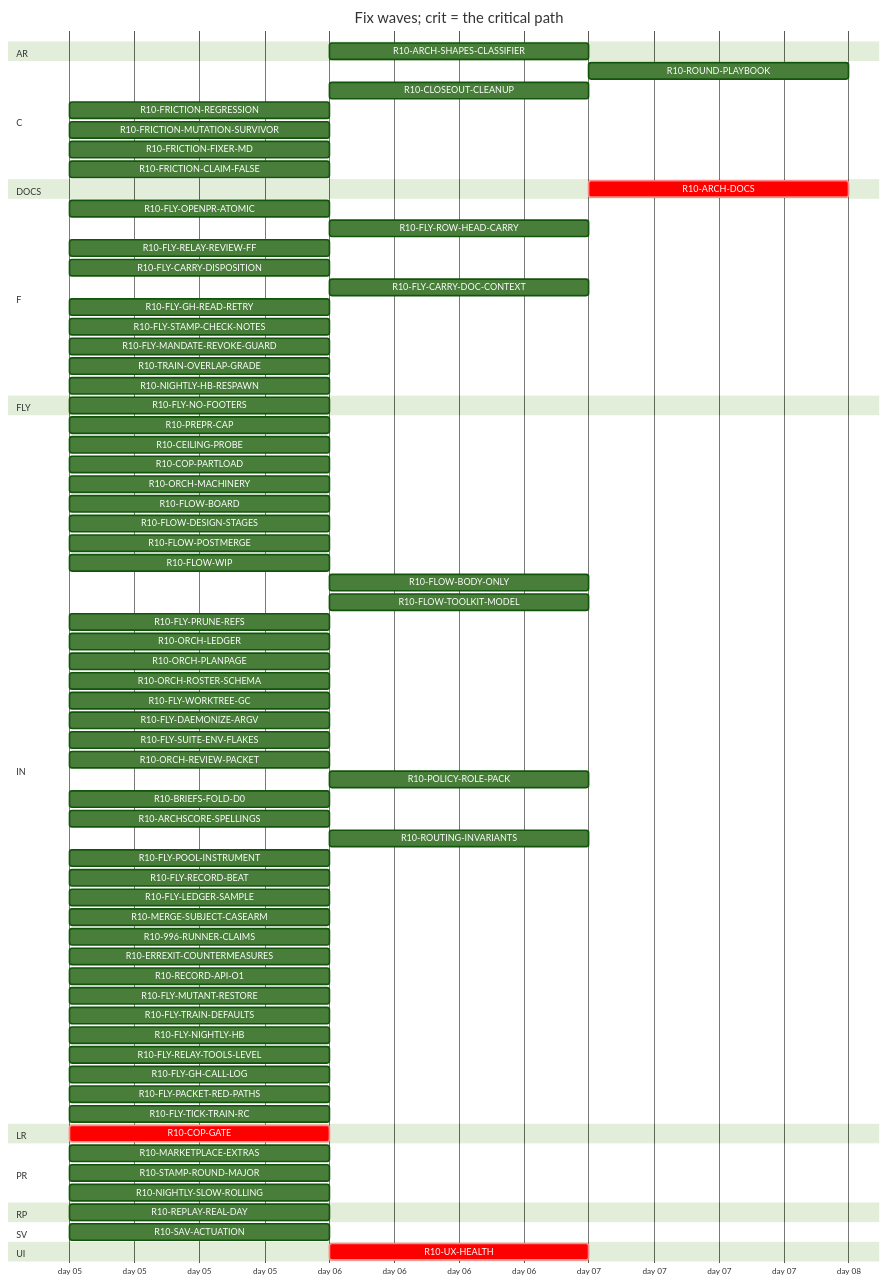
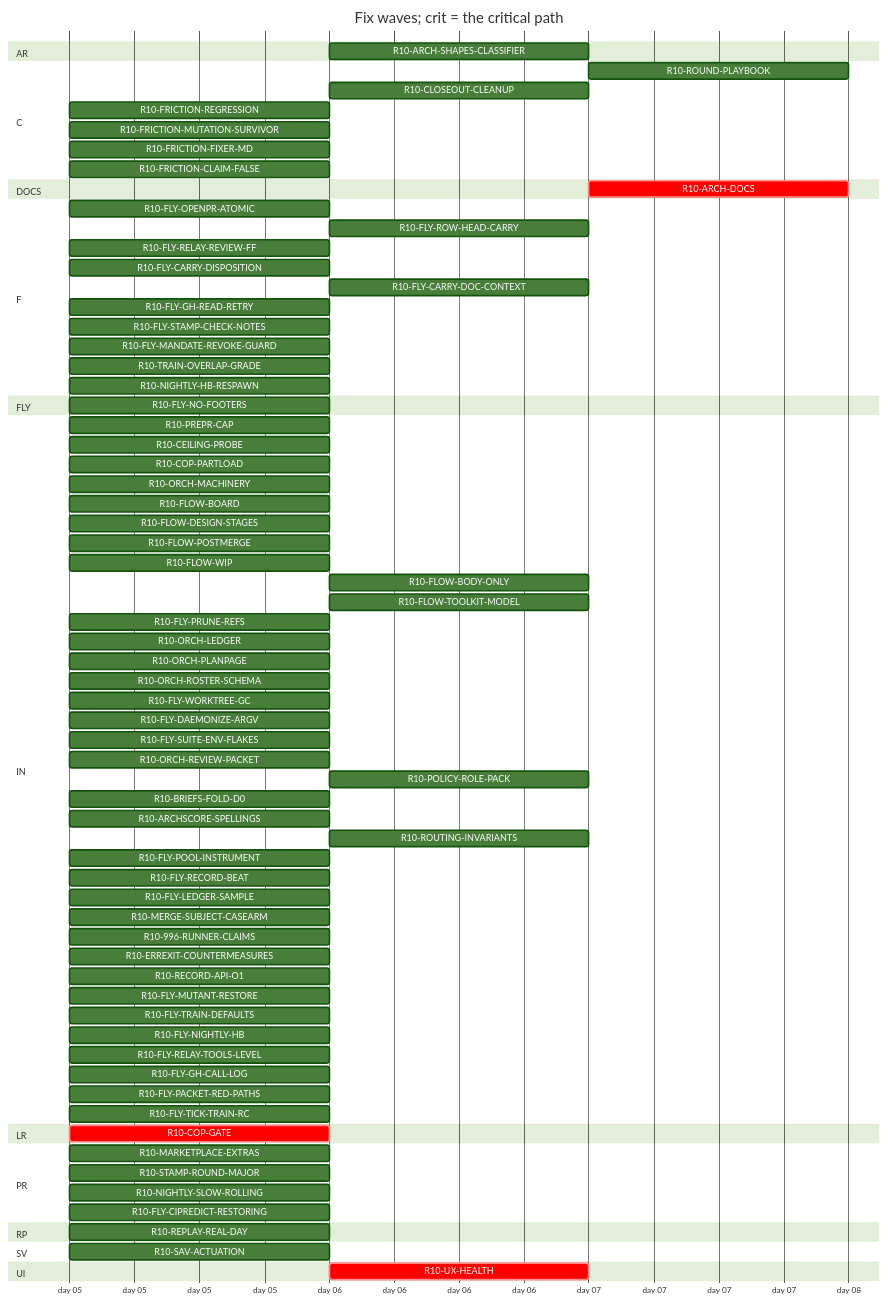
Before and after one commit to tvofi/heatpump_optimizer: the diagram in handoff/round10/state/PLAN-TABLE.md, drawn with Mermaid (forest theme). The commit also changed other lines of this file and 3 other files, not shown here.

Commit message:
state: FLOW-BOARD.md, NEXT-SESSION-PROMPT.md, PLAN-TABLE.md, RESUME-CURRENT.md regenerated (state_docs.py)

````diff
--- a/handoff/round10/state/PLAN-TABLE.md
+++ b/handoff/round10/state/PLAN-TABLE.md
@@ -24,79 +24,80 @@
 ```mermaid
 gantt
   title Fix waves; crit = the critical path
   dateFormat YYYY-MM-DD
   axisFormat day %d
   section AR
     R10-ARCH-SHAPES-CLASSIFIER :r10ARCHSHAPESCLASSIFIER, after r10996RUNNERCLAIMS, 1d
   section C
     R10-ROUND-PLAYBOOK :r10ROUNDPLAYBOOK, after r10ORCHLEDGER r10ORCHPLANPAGE r10FLYRELAYREVIEWFF r10FLOWBODYONLY, 1d
     R10-CLOSEOUT-CLEANUP :r10CLOSEOUTCLEANUP, after r10FLYPRUNEREFS r10FLYWORKTREEGC, 1d
     R10-FRICTION-REGRESSION :r10FRICTIONREGRESSION, 2026-01-05, 1d
     R10-FRICTION-MUTATION-SURVIVOR :r10FRICTIONMUTATIONSURVIVOR, 2026-01-05, 1d
     R10-FRICTION-FIXER-MD :r10FRICTIONFIXERMD, 2026-01-05, 1d
     R10-FRICTION-CLAIM-FALSE :r10FRICTIONCLAIMFALSE, 2026-01-05, 1d
   section DOCS
     R10-ARCH-DOCS :crit, r10ARCHDOCS, after r10COPGATE r10UXHEALTH r10CEILINGPROBE r10COPPARTLOAD r10FLOWBOARD r10FLOWDESIGNSTAGES r10FLOWPOSTMERGE r10FLOWWIP r10FLOWBODYONLY r10FLYOPENPRATOMIC r10FLYROWHEADCARRY r10FLYRELAYREVIEWFF r10FLYCARRYDISPOSITION r10FLYCARRYDOCCONTEXT r10FLOWTOOLKITMODEL r10FLYSTAMPCHECKNOTES r10FLYMANDATEREVOKEGUARD r10TRAINOVERLAPGRADE r10NIGHTLYHBRESPAWN r10FLYPRUNEREFS r10ORCHLEDGER r10ORCHPLANPAGE r10ORCHROSTERSCHEMA r10FLYWORKTREEGC r10FLYDAEMONIZEARGV r10ORCHREVIEWPACKET r10POLICYROLEPACK r10BRIEFSFOLDD0 r10REPLAYREALDAY r10ARCHSCORESPELLINGS r10SAVACTUATION r10FLYLEDGERSAMPLE, 1d
   section F
     R10-FLY-OPENPR-ATOMIC :r10FLYOPENPRATOMIC, 2026-01-05, 1d
     R10-FLY-ROW-HEAD-CARRY :r10FLYROWHEADCARRY, after r10FLYOPENPRATOMIC, 1d
     R10-FLY-RELAY-REVIEW-FF :r10FLYRELAYREVIEWFF, 2026-01-05, 1d
     R10-FLY-CARRY-DISPOSITION :r10FLYCARRYDISPOSITION, 2026-01-05, 1d
     R10-FLY-CARRY-DOC-CONTEXT :r10FLYCARRYDOCCONTEXT, after r10FLYGHREADRETRY, 1d
     R10-FLY-GH-READ-RETRY :r10FLYGHREADRETRY, 2026-01-05, 1d
     R10-FLY-STAMP-CHECK-NOTES :r10FLYSTAMPCHECKNOTES, 2026-01-05, 1d
     R10-FLY-MANDATE-REVOKE-GUARD :r10FLYMANDATEREVOKEGUARD, 2026-01-05, 1d
     R10-TRAIN-OVERLAP-GRADE :r10TRAINOVERLAPGRADE, 2026-01-05, 1d
     R10-NIGHTLY-HB-RESPAWN :r10NIGHTLYHBRESPAWN, 2026-01-05, 1d
   section FLY
     R10-FLY-NO-FOOTERS :r10FLYNOFOOTERS, 2026-01-05, 1d
   section IN
     R10-PREPR-CAP :r10PREPRCAP, 2026-01-05, 1d
     R10-CEILING-PROBE :r10CEILINGPROBE, 2026-01-05, 1d
     R10-COP-PARTLOAD :r10COPPARTLOAD, 2026-01-05, 1d
     R10-ORCH-MACHINERY :r10ORCHMACHINERY, 2026-01-05, 1d
     R10-FLOW-BOARD :r10FLOWBOARD, 2026-01-05, 1d
     R10-FLOW-DESIGN-STAGES :r10FLOWDESIGNSTAGES, 2026-01-05, 1d
     R10-FLOW-POSTMERGE :r10FLOWPOSTMERGE, 2026-01-05, 1d
     R10-FLOW-WIP :r10FLOWWIP, 2026-01-05, 1d
     R10-FLOW-BODY-ONLY :r10FLOWBODYONLY, after r10FLYOPENPRATOMIC, 1d
     R10-FLOW-TOOLKIT-MODEL :r10FLOWTOOLKITMODEL, after r10ORCHPLANPAGE, 1d
     R10-FLY-PRUNE-REFS :r10FLYPRUNEREFS, 2026-01-05, 1d
     R10-ORCH-LEDGER :r10ORCHLEDGER, 2026-01-05, 1d
     R10-ORCH-PLANPAGE :r10ORCHPLANPAGE, 2026-01-05, 1d
     R10-ORCH-ROSTER-SCHEMA :r10ORCHROSTERSCHEMA, 2026-01-05, 1d
     R10-FLY-WORKTREE-GC :r10FLYWORKTREEGC, 2026-01-05, 1d
     R10-FLY-DAEMONIZE-ARGV :r10FLYDAEMONIZEARGV, 2026-01-05, 1d
     R10-FLY-SUITE-ENV-FLAKES :r10FLYSUITEENVFLAKES, 2026-01-05, 1d
     R10-ORCH-REVIEW-PACKET :r10ORCHREVIEWPACKET, 2026-01-05, 1d
     R10-POLICY-ROLE-PACK :r10POLICYROLEPACK, after r10FLOWDESIGNSTAGES, 1d
     R10-BRIEFS-FOLD-D0 :r10BRIEFSFOLDD0, 2026-01-05, 1d
     R10-ARCHSCORE-SPELLINGS :r10ARCHSCORESPELLINGS, 2026-01-05, 1d
     R10-ROUTING-INVARIANTS :r10ROUTINGINVARIANTS, after r10ORCHROSTERSCHEMA, 1d
     R10-FLY-POOL-INSTRUMENT :r10FLYPOOLINSTRUMENT, 2026-01-05, 1d
     R10-FLY-RECORD-BEAT :r10FLYRECORDBEAT, 2026-01-05, 1d
     R10-FLY-LEDGER-SAMPLE :r10FLYLEDGERSAMPLE, 2026-01-05, 1d
     R10-MERGE-SUBJECT-CASEARM :r10MERGESUBJECTCASEARM, 2026-01-05, 1d
     R10-996-RUNNER-CLAIMS :r10996RUNNERCLAIMS, 2026-01-05, 1d
     R10-ERREXIT-COUNTERMEASURES :r10ERREXITCOUNTERMEASURES, 2026-01-05, 1d
     R10-RECORD-API-O1 :r10RECORDAPIO1, 2026-01-05, 1d
     R10-FLY-MUTANT-RESTORE :r10FLYMUTANTRESTORE, 2026-01-05, 1d
     R10-FLY-TRAIN-DEFAULTS :r10FLYTRAINDEFAULTS, 2026-01-05, 1d
     R10-FLY-NIGHTLY-HB :r10FLYNIGHTLYHB, 2026-01-05, 1d
     R10-FLY-RELAY-TOOLS-LEVEL :r10FLYRELAYTOOLSLEVEL, 2026-01-05, 1d
     R10-FLY-GH-CALL-LOG :r10FLYGHCALLLOG, 2026-01-05, 1d
     R10-FLY-PACKET-RED-PATHS :r10FLYPACKETREDPATHS, 2026-01-05, 1d
     R10-FLY-TICK-TRAIN-RC :r10FLYTICKTRAINRC, 2026-01-05, 1d
   section LR
     R10-COP-GATE :crit, r10COPGATE, 2026-01-05, 1d
   section PR
     R10-MARKETPLACE-EXTRAS :r10MARKETPLACEEXTRAS, 2026-01-05, 1d
     R10-STAMP-ROUND-MAJOR :r10STAMPROUNDMAJOR, 2026-01-05, 1d
     R10-NIGHTLY-SLOW-ROLLING :r10NIGHTLYSLOWROLLING, 2026-01-05, 1d
+    R10-FLY-CIPREDICT-RESTORING :r10FLYCIPREDICTRESTORING, 2026-01-05, 1d
   section RP
     R10-REPLAY-REAL-DAY :r10REPLAYREALDAY, 2026-01-05, 1d
   section SV
     R10-SAV-ACTUATION :r10SAVACTUATION, 2026-01-05, 1d
   section UI
     R10-UX-HEALTH :crit, r10UXHEALTH, after r10COPGATE, 1d
 ```
````
